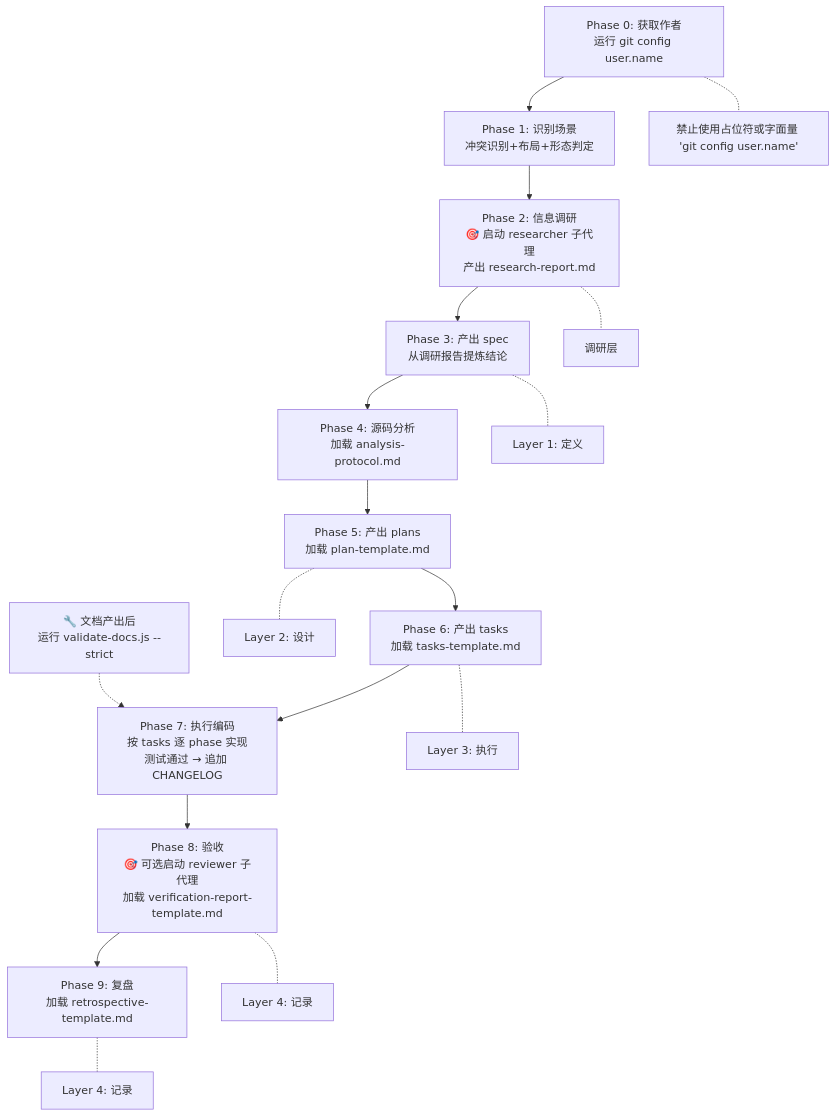
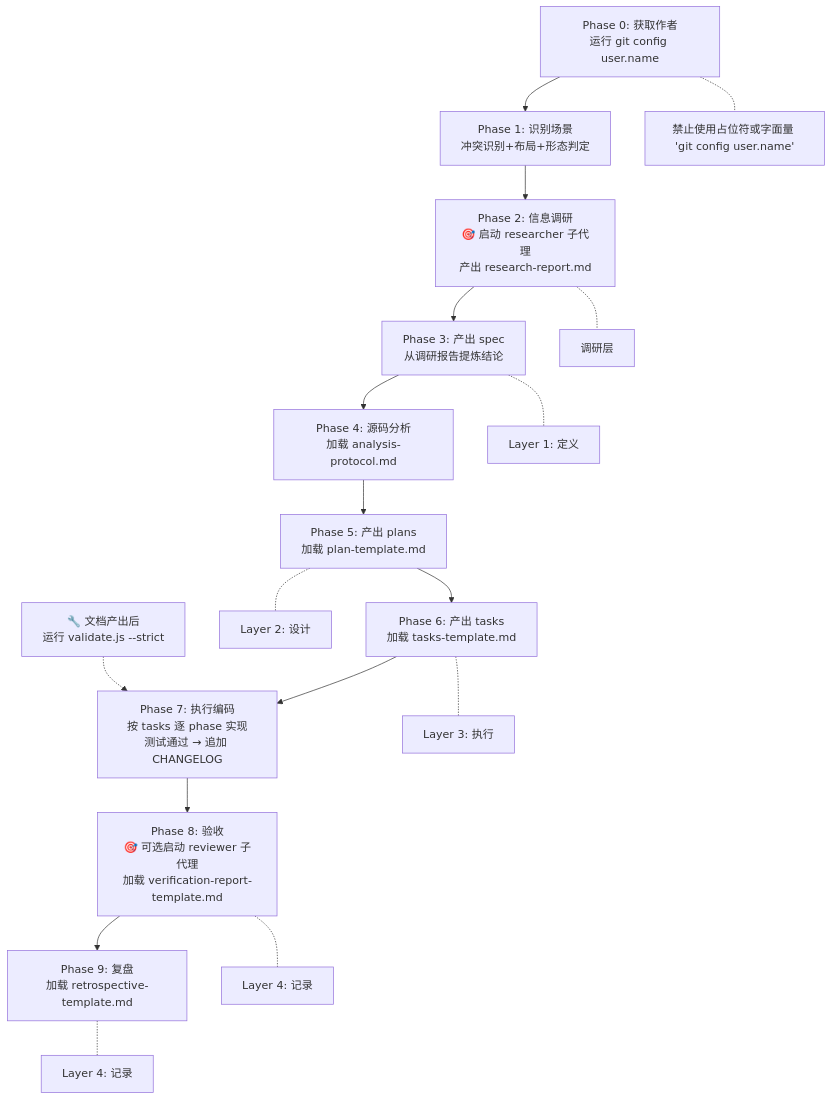
The second of 2 diagrams in skills/uluo-spec-driven/SKILL.md (YuluoY/claude-uluo), drawn with Mermaid before and after one commit. The commit also changed other lines of this file and 179 other files, not shown here.

````diff
--- a/skills/uluo-spec-driven/SKILL.md
+++ b/skills/uluo-spec-driven/SKILL.md
@@ -87,22 +110,22 @@
 ```mermaid
 flowchart TD
     P0[Phase 0: 获取作者<br/>运行 git config user.name] --> P1[Phase 1: 识别场景<br/>冲突识别+布局+形态判定]
     P1 --> P2[Phase 2: 信息调研<br/>🎯 启动 researcher 子代理<br/>产出 research-report.md]
     P2 --> P3[Phase 3: 产出 spec<br/>从调研报告提炼结论]
     P3 --> P4[Phase 4: 源码分析<br/>加载 analysis-protocol.md]
     P4 --> P5[Phase 5: 产出 plans<br/>加载 plan-template.md]
     P5 --> P6[Phase 6: 产出 tasks<br/>加载 tasks-template.md]
     P6 --> P7[Phase 7: 执行编码<br/>按 tasks 逐 phase 实现<br/>测试通过 → 追加 CHANGELOG]
     P7 --> P8[Phase 8: 验收<br/>🎯 可选启动 reviewer 子代理<br/>加载 verification-report-template.md]
     P8 --> P9[Phase 9: 复盘<br/>加载 retrospective-template.md]
 
     P0 -.- R0["禁止使用占位符或字面量 'git config user.name'"]
     P2 -.- L2["调研层"]
     P3 -.- L3["Layer 1: 定义"]
     P5 -.- L5["Layer 2: 设计"]
     P6 -.- L6["Layer 3: 执行"]
     P8 -.- L8["Layer 4: 记录"]
     P9 -.- L9["Layer 4: 记录"]
 
-    V[🔧 文档产出后<br/>运行 validate-docs.js --strict] -.-> P7
+    V[🔧 文档产出后<br/>运行 validate.js --strict] -.-> P7
 ```
````
